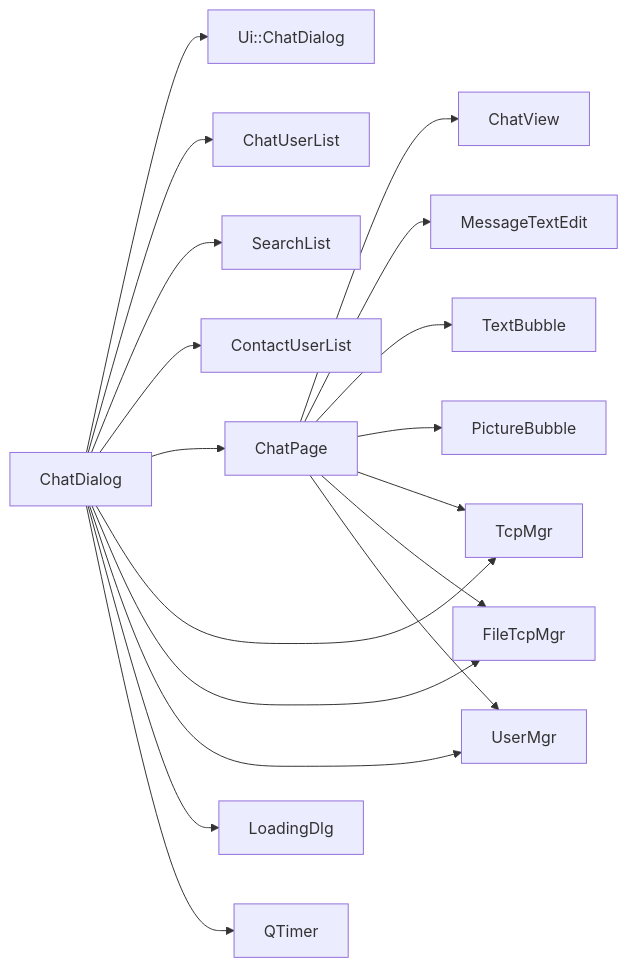
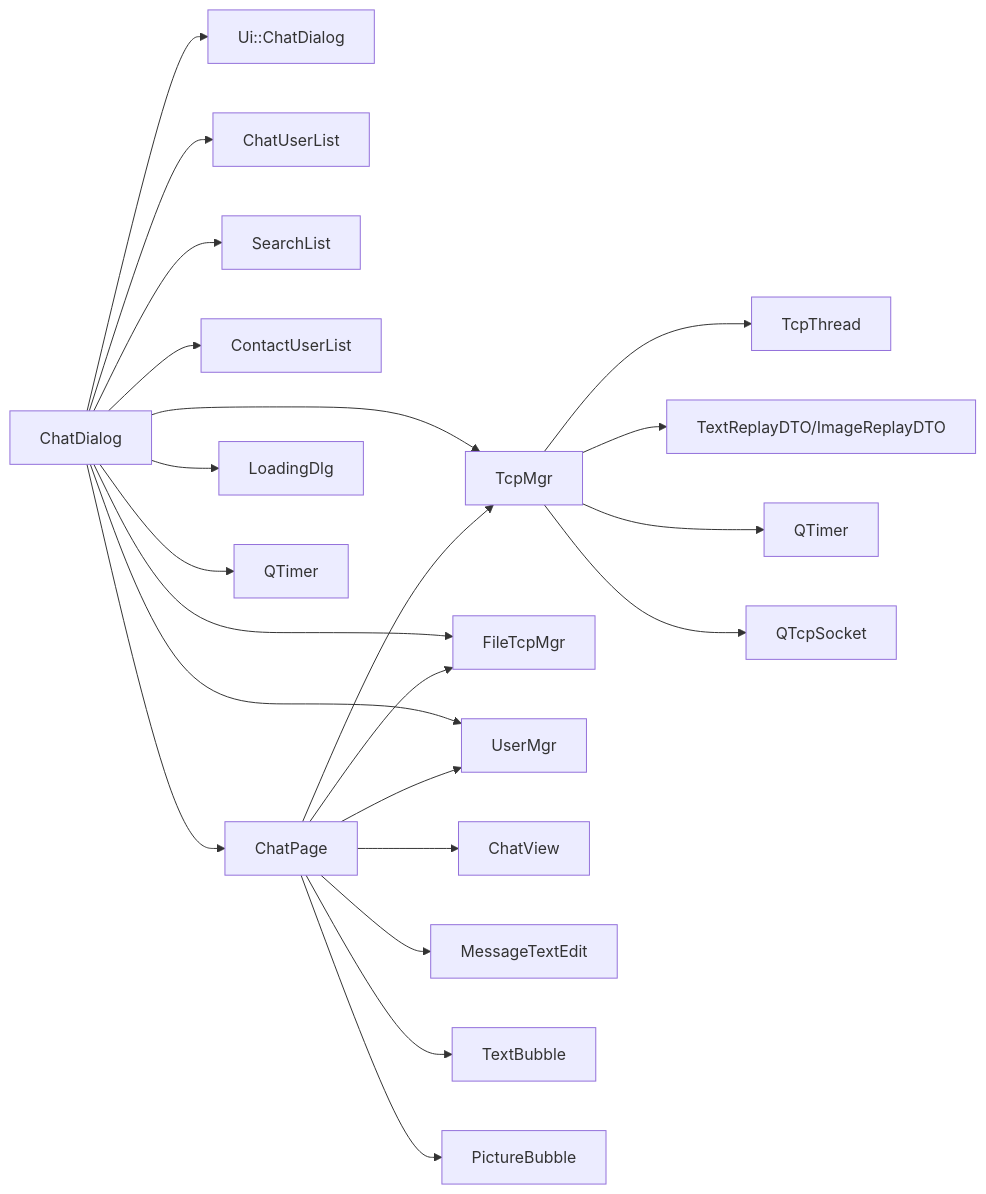
One commit to echo9923/mychatter changed diagram 11 of 11 in .qoder/repowiki/zh/content/客户端开发/UI组件设计/聊天对话框组件.md. Above: the diagram before and after it, drawn with Mermaid. The commit also changed other lines of this file and 54 other files, not shown here.

````diff
--- a/.qoder/repowiki/zh/content/客户端开发/UI组件设计/聊天对话框组件.md
+++ b/.qoder/repowiki/zh/content/客户端开发/UI组件设计/聊天对话框组件.md
@@ -371,20 +526,24 @@
 ```mermaid
 graph LR
 CD["ChatDialog"] --> UI["Ui::ChatDialog"]
 CD --> CUL["ChatUserList"]
 CD --> SUL["SearchList"]
 CD --> CUL2["ContactUserList"]
 CD --> CP["ChatPage"]
 CD --> TM["TcpMgr"]
 CD --> FM["FileTcpMgr"]
 CD --> UM["UserMgr"]
 CD --> LD["LoadingDlg"]
 CD --> QT["QTimer"]
 CP --> CV["ChatView"]
 CP --> MT["MessageTextEdit"]
 CP --> TB["TextBubble"]
 CP --> PB["PictureBubble"]
 CP --> TM
 CP --> FM
 CP --> UM
+TM --> TT["TcpThread"]
+TM --> DTO["TextReplayDTO/ImageReplayDTO"]
+TM --> QT2["QTimer"]
+TM --> QS["QTcpSocket"]
 ```
````
